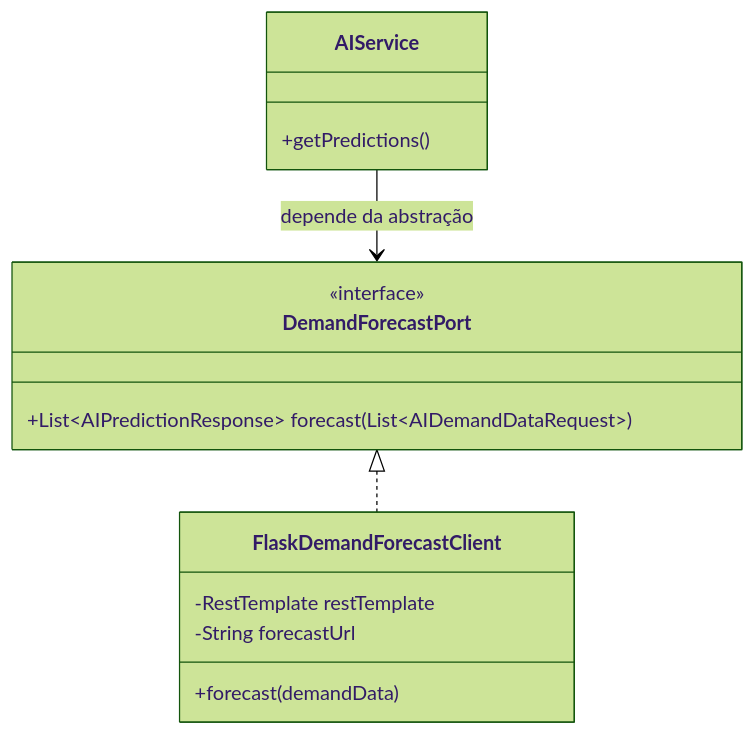
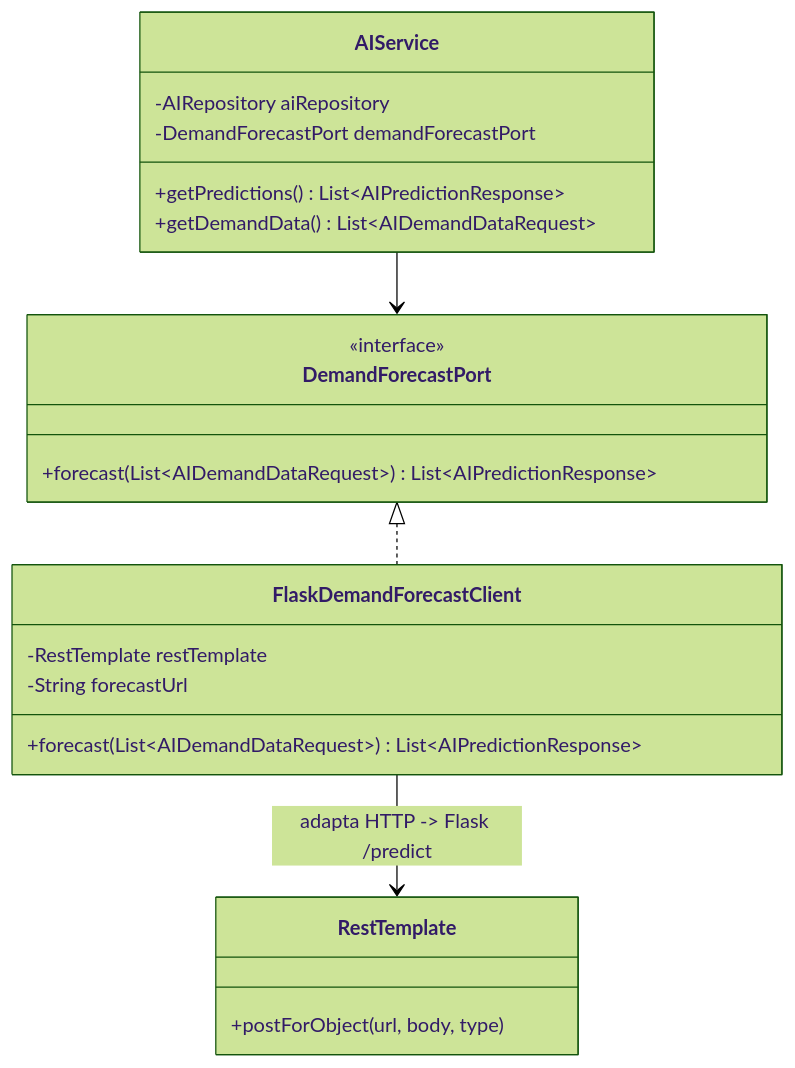
The second of 3 diagrams in docs/diagrams/02-diagrama-de-classes.md (JheniferLais/TRABALHO-FINAL-ARQ), drawn with Mermaid (forest theme) before and after one commit. The commit also changed other lines of this file and 4 other files, not shown here.

````diff
--- a/docs/diagrams/02-diagrama-de-classes.md
+++ b/docs/diagrams/02-diagrama-de-classes.md
@@ -115,17 +56,28 @@
 ```mermaid
 classDiagram
+    class AIService {
+        -AIRepository aiRepository
+        -DemandForecastPort demandForecastPort
+        +getPredictions() List~AIPredictionResponse~
+        +getDemandData() List~AIDemandDataRequest~
+    }
+
     class DemandForecastPort {
         <<interface>>
-        +List~AIPredictionResponse~ forecast(List~AIDemandDataRequest~)
+        +forecast(List~AIDemandDataRequest~) List~AIPredictionResponse~
     }
+
     class FlaskDemandForecastClient {
         -RestTemplate restTemplate
         -String forecastUrl
-        +forecast(demandData)
+        +forecast(List~AIDemandDataRequest~) List~AIPredictionResponse~
     }
-    class AIService {
-        +getPredictions()
+
+    class RestTemplate {
+        +postForObject(url, body, type)
     }
+
+    AIService --> DemandForecastPort : 
     DemandForecastPort <|.. FlaskDemandForecastClient
-    AIService --> DemandForecastPort : depende da abstração
+    FlaskDemandForecastClient --> RestTemplate : adapta HTTP -> Flask /predict
 ```
````
